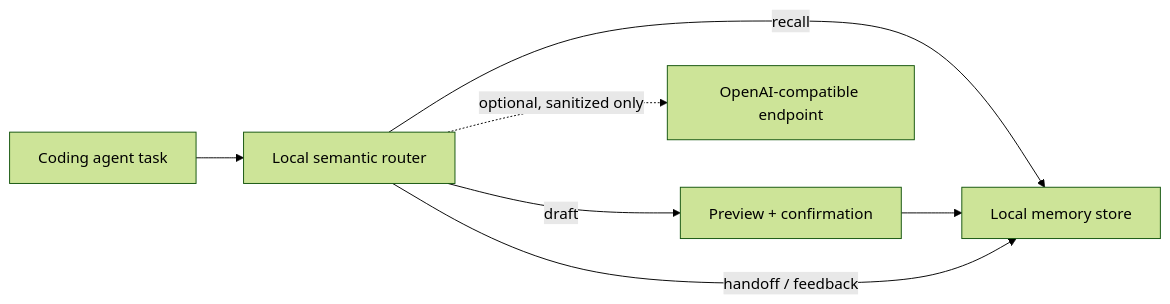
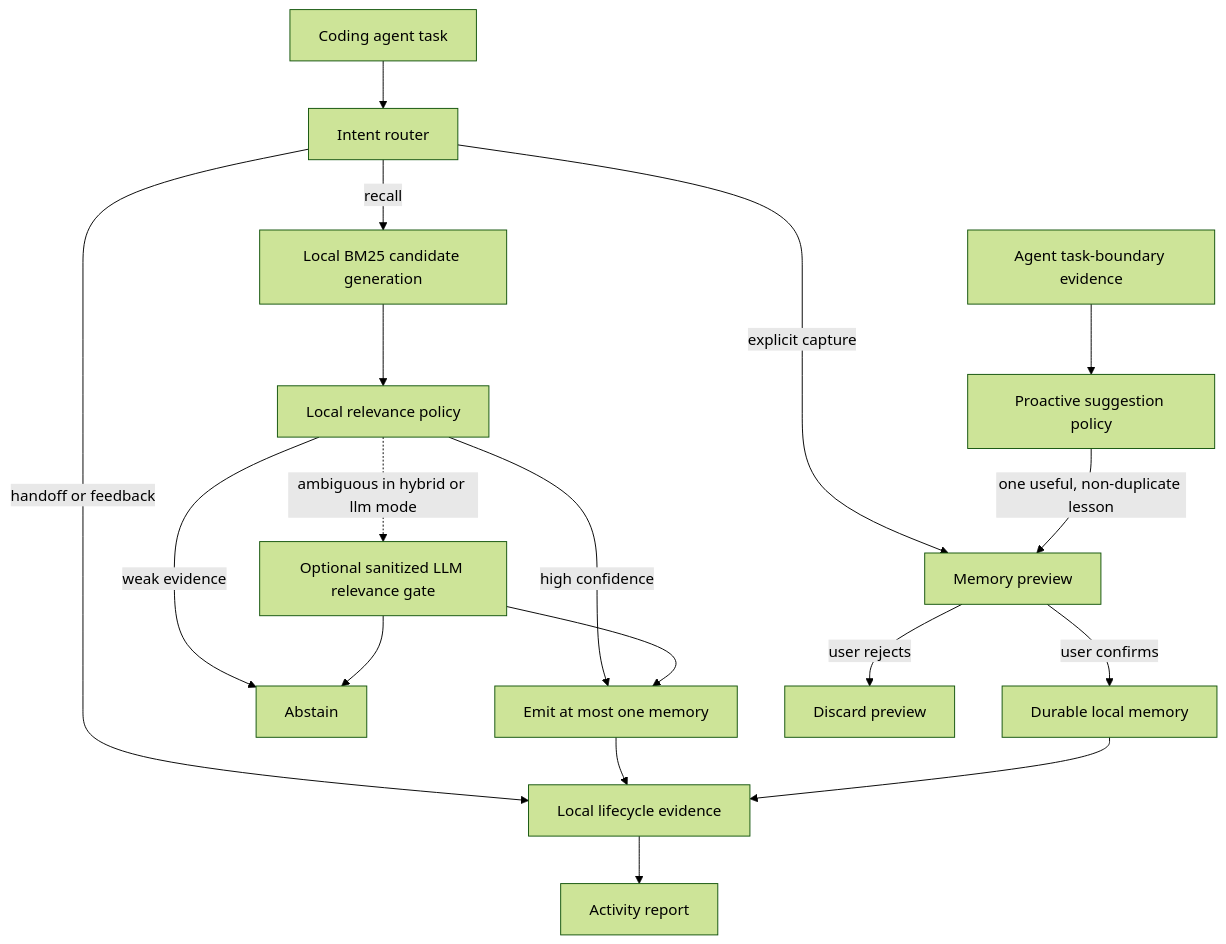
Before and after one commit to liuw55804-sys/MemAgent: the diagram in docs/architecture.md, drawn with Mermaid (forest theme). The commit also changed other lines of this file and 27 other files, not shown here.

Commit message:
feat: add precision recall and proactive capture

````diff
--- a/docs/architecture.md
+++ b/docs/architecture.md
@@ -5,9 +5,20 @@
 ```mermaid
-flowchart LR
-  U["Coding agent task"] --> R["Local semantic router"]
-  R -->|"recall"| S["Local memory store"]
-  R -->|"draft"| D["Preview + confirmation"]
-  D --> S
-  R -->|"handoff / feedback"| S
-  R -. "optional, sanitized only" .-> L["OpenAI-compatible endpoint"]
+flowchart TD
+  U["Coding agent task"] --> R["Intent router"]
+  R -->|"recall"| B["Local BM25 candidate generation"]
+  B --> P["Local relevance policy"]
+  P -->|"high confidence"| O["Emit at most one memory"]
+  P -->|"weak evidence"| A["Abstain"]
+  P -. "ambiguous in hybrid or llm mode" .-> L["Optional sanitized LLM relevance gate"]
+  L --> O
+  L --> A
+  R -->|"explicit capture"| D["Memory preview"]
+  C["Agent task-boundary evidence"] --> Q["Proactive suggestion policy"]
+  Q -->|"one useful, non-duplicate lesson"| D
+  D -->|"user confirms"| S["Durable local memory"]
+  D -->|"user rejects"| X["Discard preview"]
+  R -->|"handoff or feedback"| H["Local lifecycle evidence"]
+  O --> H
+  S --> H
+  H --> V["Activity report"]
 ```
````
